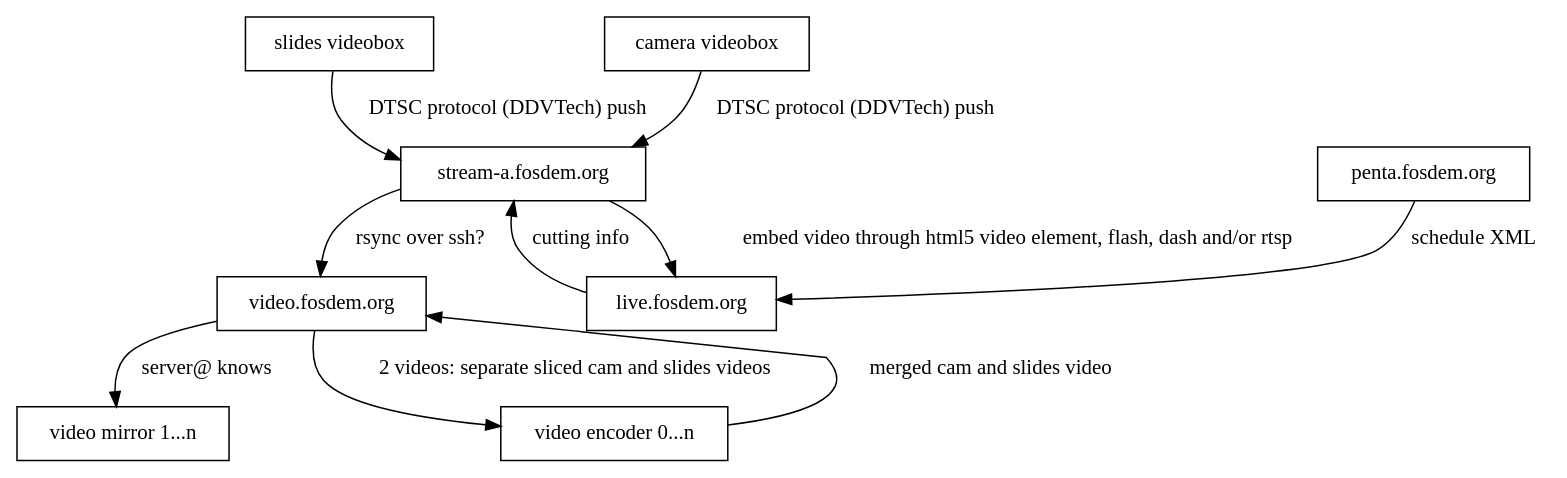
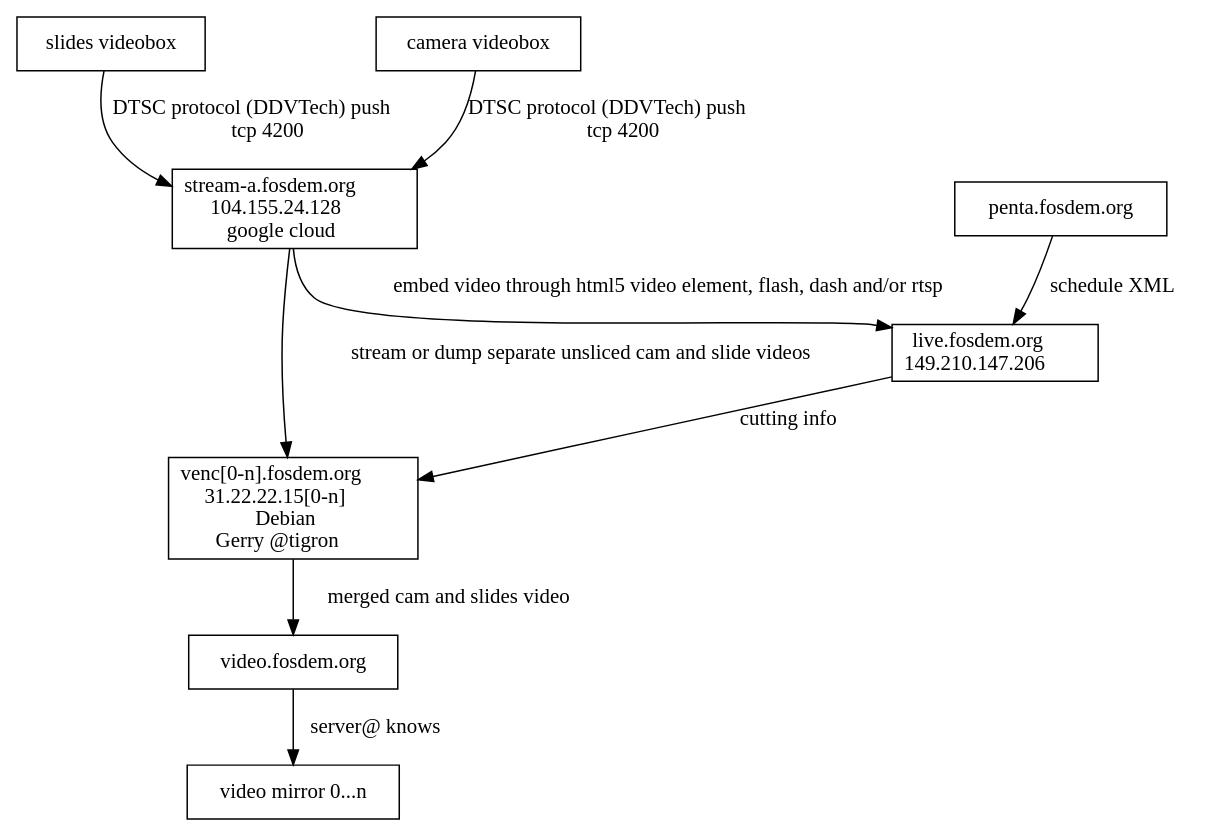
Before and after one commit to TBSliver/videobox: the diagram in videoserversetup.dot, drawn with Graphviz. The commit also changed 2 other files, not shown here.

Commit message:
add 4267 video queue

```diff
--- a/videoserversetup.dot
+++ b/videoserversetup.dot
@@ -1,23 +1,22 @@
 # dot -Tsvg videoserversetup.dot > videoserversetup.svg
 digraph G {
 	concentrate=true;
 	node [shape=box];
 	fosbox_slides [label="slides videobox"];
 	fosbox_cam [label="camera videobox"];
-	live_server [label="live.fosdem.org"];
-	stream_server [label="stream-a.fosdem.org"];
+	live_server [label=<live.fosdem.org<br />149.210.147.206>];
+	stream_server [label=<stream-a.fosdem.org<br />104.155.24.128<br />google cloud>];
 	penta [label="penta.fosdem.org"];
 	video [label="video.fosdem.org"];
-	video_mirror1 [label="video mirror 1...n"];
-	venc0 [label="video encoder 0...n"];
+	video_mirror1 [label="video mirror 0...n"];
+	venc0 [label=<venc[0-n].fosdem.org<br />31.22.22.15[0-n]<br />Debian<br />Gerry @tigron>];
 
-	fosbox_slides -> stream_server [label = "DTSC protocol (DDVTech) push"];
-	fosbox_cam -> stream_server [label="DTSC protocol (DDVTech) push"];
+	fosbox_slides -> stream_server [label =<DTSC protocol (DDVTech) push<br />tcp 4200>];
+	fosbox_cam -> stream_server [label=<DTSC protocol (DDVTech) push<br />tcp 4200>];
 	stream_server -> live_server [label="embed video through html5 video element, flash, dash and/or rtsp"];
-	live_server -> stream_server [label="cutting info"];
+	live_server -> venc0 [label="cutting info"];
 	penta-> live_server [label="schedule XML"];
-	stream_server -> video [label="rsync over ssh?"];
+	stream_server -> venc0 [label="stream or dump separate unsliced cam and slide videos"];
 	video -> video_mirror1 [label="server@ knows"];
-	video -> venc0 [label="2 videos: separate sliced cam and slides videos"];
 	venc0 -> video [label="merged cam and slides video"];
 }
```
